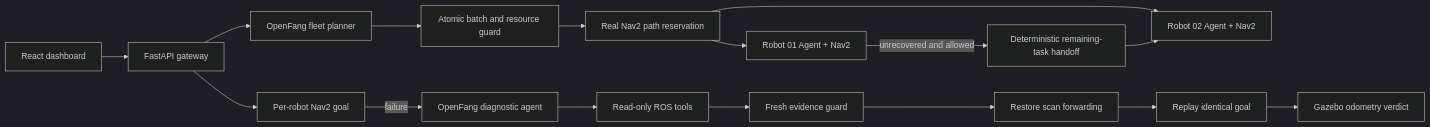
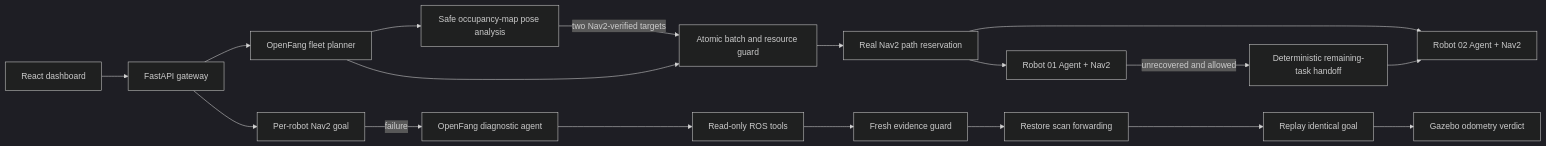
The diagram in README.md (SeeWhy-star/robot-debug-lab), drawn with Mermaid (dark theme) before and after one commit. The commit also changed other lines of this file and 14 other files, not shown here.

Commit message:
Add map-grounded fleet spatial planning

````diff
--- a/README.md
+++ b/README.md
@@ -70,18 +75,20 @@
 ```mermaid
 flowchart LR
   UI[React dashboard] --> API[FastAPI gateway]
   API --> Fleet[OpenFang fleet planner]
+  Fleet --> Spatial[Safe occupancy-map pose analysis]
+  Spatial -->|two Nav2-verified targets| Guard0
   Fleet --> Guard0[Atomic batch and resource guard]
   Guard0 --> Traffic[Real Nav2 path reservation]
   Traffic --> R1[Robot 01 Agent + Nav2]
   Traffic --> R2[Robot 02 Agent + Nav2]
   R1 -->|unrecovered and allowed| Handoff[Deterministic remaining-task handoff]
   Handoff --> R2
   API --> Nav2[Per-robot Nav2 goal]
   Nav2 -->|failure| Agent[OpenFang diagnostic agent]
   Agent --> Tools[Read-only ROS tools]
   Tools --> Guard[Fresh evidence guard]
   Guard --> Repair[Restore scan forwarding]
   Repair --> Replay[Replay identical goal]
   Replay --> Odom[Gazebo odometry verdict]
 ```
````
